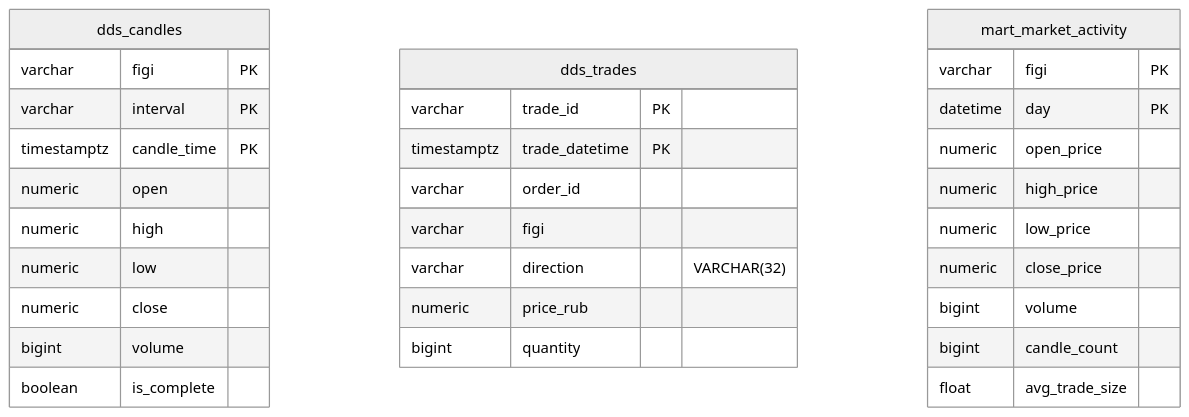
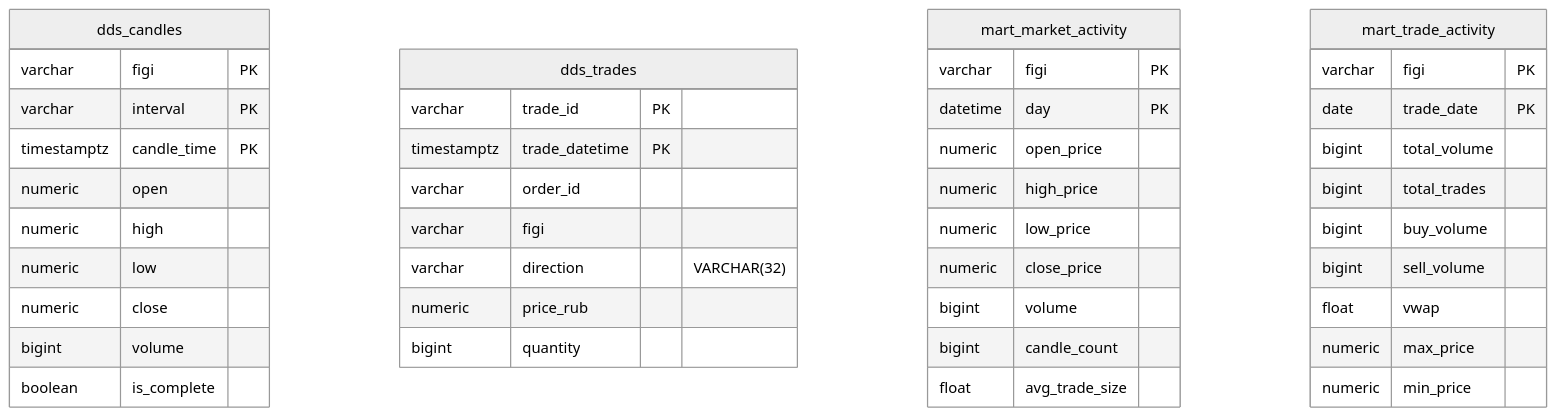
The second of 2 diagrams in README.md (Mifestos/tinvest-flow), drawn with Mermaid (neutral theme) before and after one commit. The commit also changed other lines of this file and 1 other file, not shown here.

````diff
--- a/README.md
+++ b/README.md
@@ -53,36 +72,48 @@
 ```mermaid
 erDiagram
     dds_candles {
         varchar figi PK
         varchar interval PK
         timestamptz candle_time PK
         numeric open
         numeric high
         numeric low
         numeric close
         bigint volume
         boolean is_complete
     }
     
     dds_trades {
         varchar trade_id PK
         timestamptz trade_datetime PK
         varchar order_id
         varchar figi
         varchar direction "VARCHAR(32)"
         numeric price_rub
         bigint quantity
     }
 
     mart_market_activity {
         varchar figi PK
         datetime day PK
         numeric open_price
         numeric high_price
         numeric low_price
         numeric close_price
         bigint volume
         bigint candle_count
         float avg_trade_size
     }
+
+    mart_trade_activity {
+        varchar figi PK
+        date trade_date PK
+        bigint total_volume
+        bigint total_trades
+        bigint buy_volume
+        bigint sell_volume
+        float vwap
+        numeric max_price
+        numeric min_price
+    }
 ```
````
